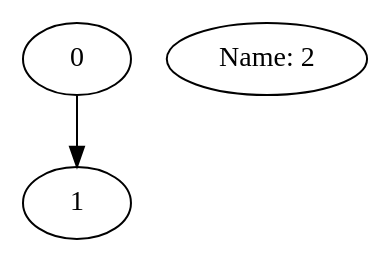
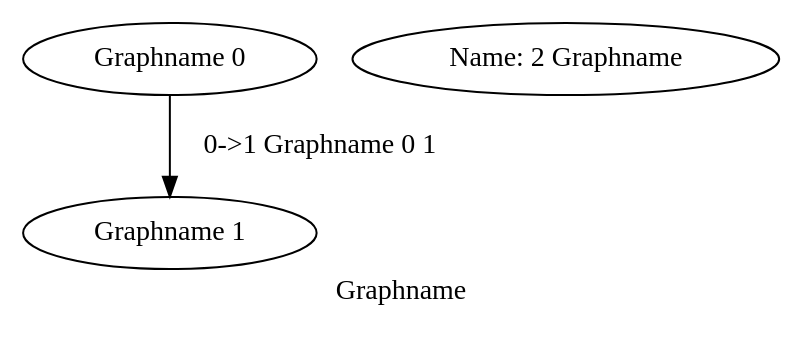
Before and after one commit to gitpan/Graph-Easy: the diagram in t/in/dot/3_node_label.dot, drawn with Graphviz. The commit also changed 31 other files, not shown here.

First line of the commit message:
Import of TELS/Graph-Easy-0.48 from CPAN.

```diff
--- a/t/in/dot/3_node_label.dot
+++ b/t/in/dot/3_node_label.dot
@@ -1,6 +1,7 @@
-digraph G {
-  node [ label="\N" ]
+digraph Graphname {
+  graph [ label="\G" ]
+  node [ label="\G \N" ]
 
-  0 -> 1
-  2 [ label="Name: \N" ]
+  0 -> 1 [ label="\E \G \T \H" ]
+  2 [ label="Name: \N \G" ]
 }
```
